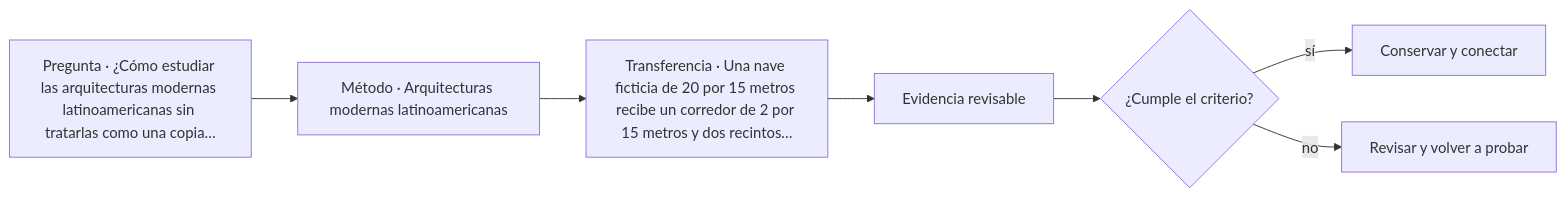
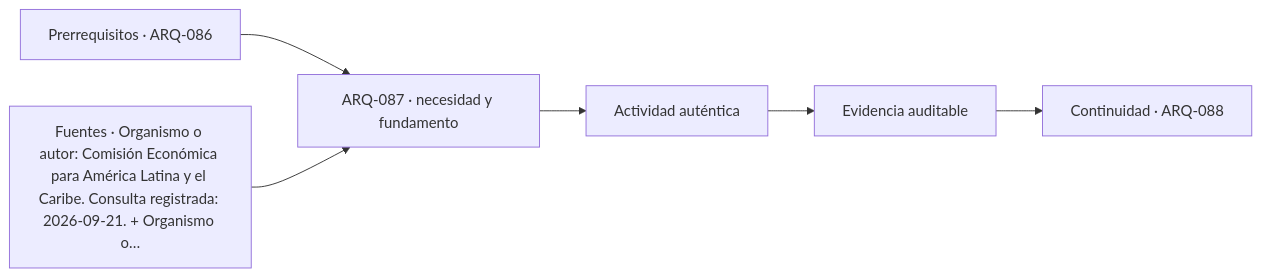
The diagram in classes/parte-09/ARQ-087.md (vladimiracunadev-create/architecture-built-environment-learning-program), drawn with Mermaid before and after one commit. The commit also changed other lines of this file and 761 other files, not shown here.

````diff
--- a/classes/parte-09/ARQ-087.md
+++ b/classes/parte-09/ARQ-087.md
@@ -103,9 +115,8 @@
 ```mermaid
 flowchart LR
-    Q["Pregunta · ¿Cómo estudiar las arquitecturas modernas latinoamericanas sin tratarlas como una copia…"] --> M["Método · Arquitecturas modernas latinoamericanas"]
-    M --> P["Transferencia · Una nave ficticia de 20 por 15 metros recibe un corredor de 2 por 15 metros y dos recintos…"]
-    P --> E["Evidencia revisable"]
-    E --> C{"¿Cumple el criterio?"}
-    C -->|sí| T["Conservar y conectar"]
-    C -->|no| R["Revisar y volver a probar"]
+    A["Prerrequisitos · ARQ-086"] --> B["ARQ-087 · necesidad y fundamento"]
+    S["Fuentes · Organismo o autor: Comisión Económica para América Latina y el Caribe. Consulta registrada: 2026-09-21. + Organismo o…"] --> B
+    B --> C["Actividad auténtica"]
+    C --> D["Evidencia auditable"]
+    D --> E["Continuidad · ARQ-088"]
 ```
````
